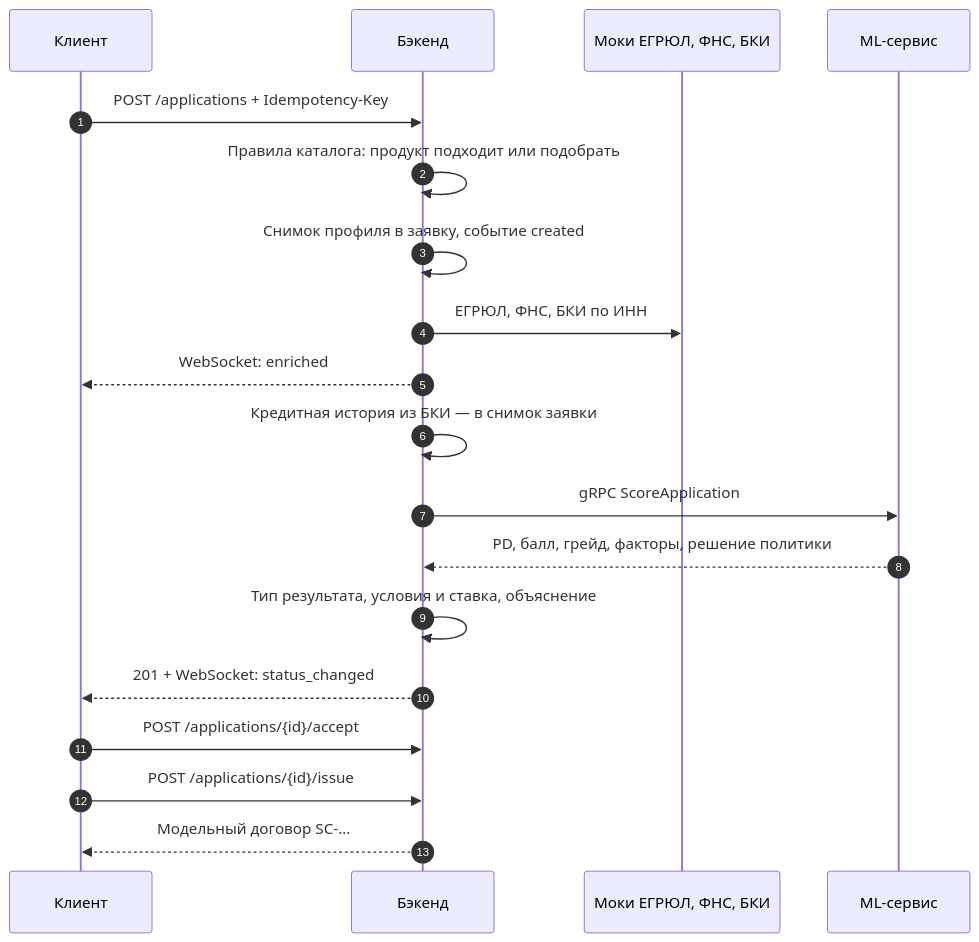
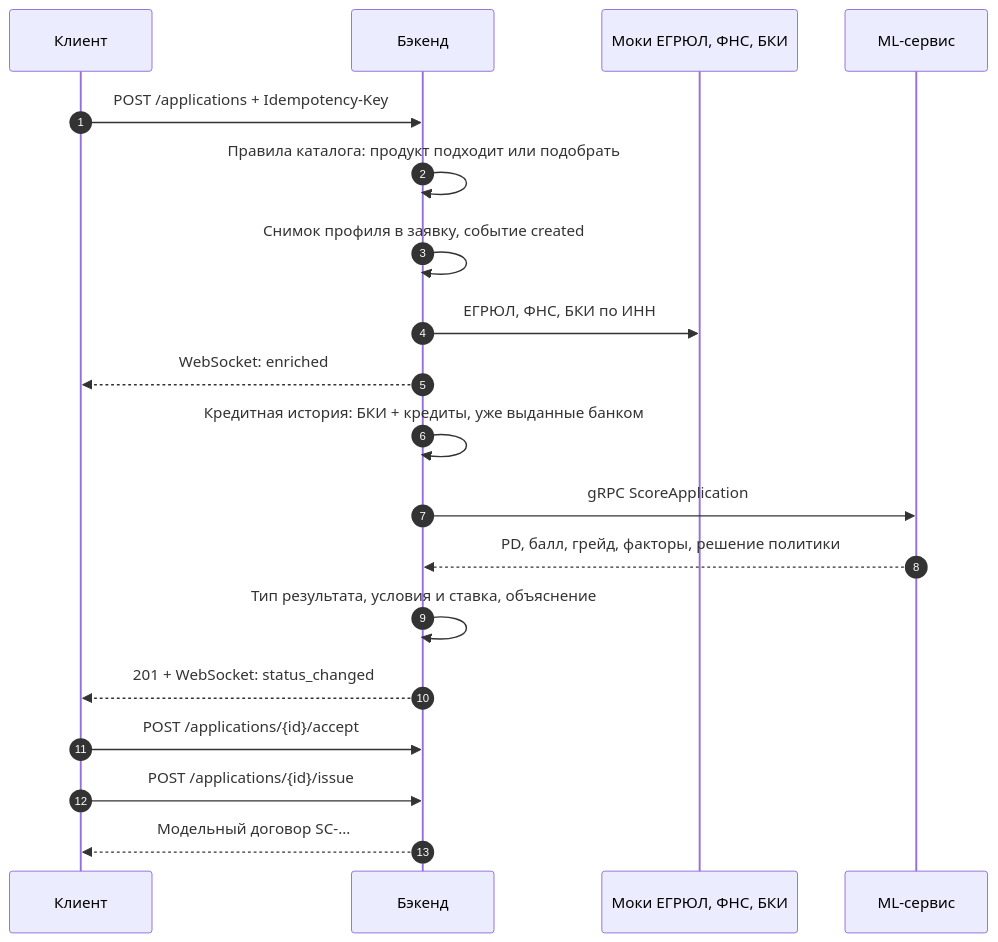
One commit to nebel310/SimpleCredits changed the second of 4 diagrams in docs/architecture.md. Above: the diagram before and after it, drawn with Mermaid. The commit also changed other lines of this file and 5 other files, not shown here.

````diff
--- a/docs/architecture.md
+++ b/docs/architecture.md
@@ -42,21 +42,21 @@
 ```mermaid
 sequenceDiagram
   autonumber
   participant C as Клиент
   participant B as Бэкенд
   participant G as Моки ЕГРЮЛ, ФНС, БКИ
   participant M as ML-сервис
   C->>B: POST /applications + Idempotency-Key
   B->>B: Правила каталога: продукт подходит или подобрать
   B->>B: Снимок профиля в заявку, событие created
   B->>G: ЕГРЮЛ, ФНС, БКИ по ИНН
   B-->>C: WebSocket: enriched
-  B->>B: Кредитная история из БКИ — в снимок заявки
+  B->>B: Кредитная история: БКИ + кредиты, уже выданные банком
   B->>M: gRPC ScoreApplication
   M-->>B: PD, балл, грейд, факторы, решение политики
   B->>B: Тип результата, условия и ставка, объяснение
   B-->>C: 201 + WebSocket: status_changed
   C->>B: POST /applications/{id}/accept
   C->>B: POST /applications/{id}/issue
   B-->>C: Модельный договор SC-…
 ```
````
